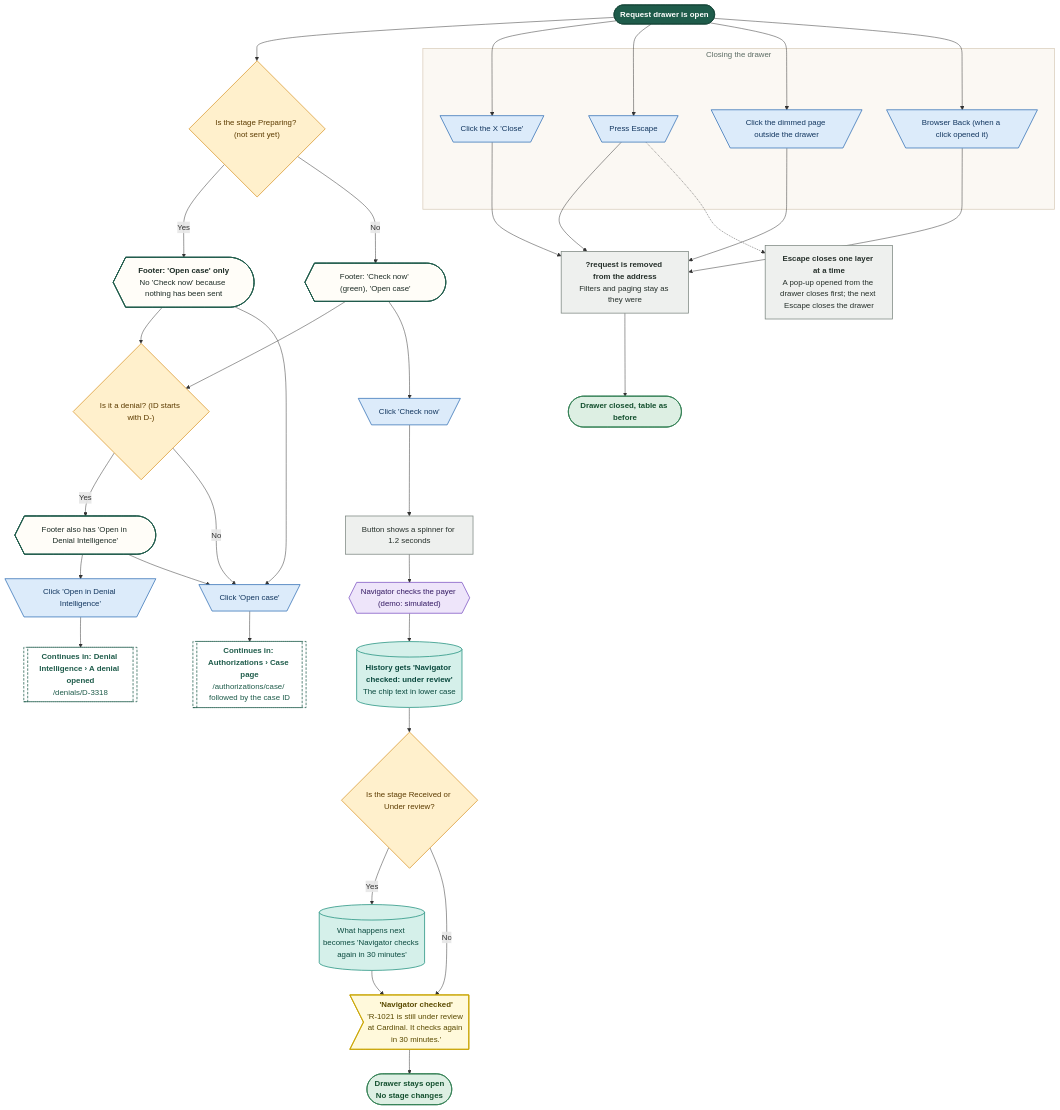
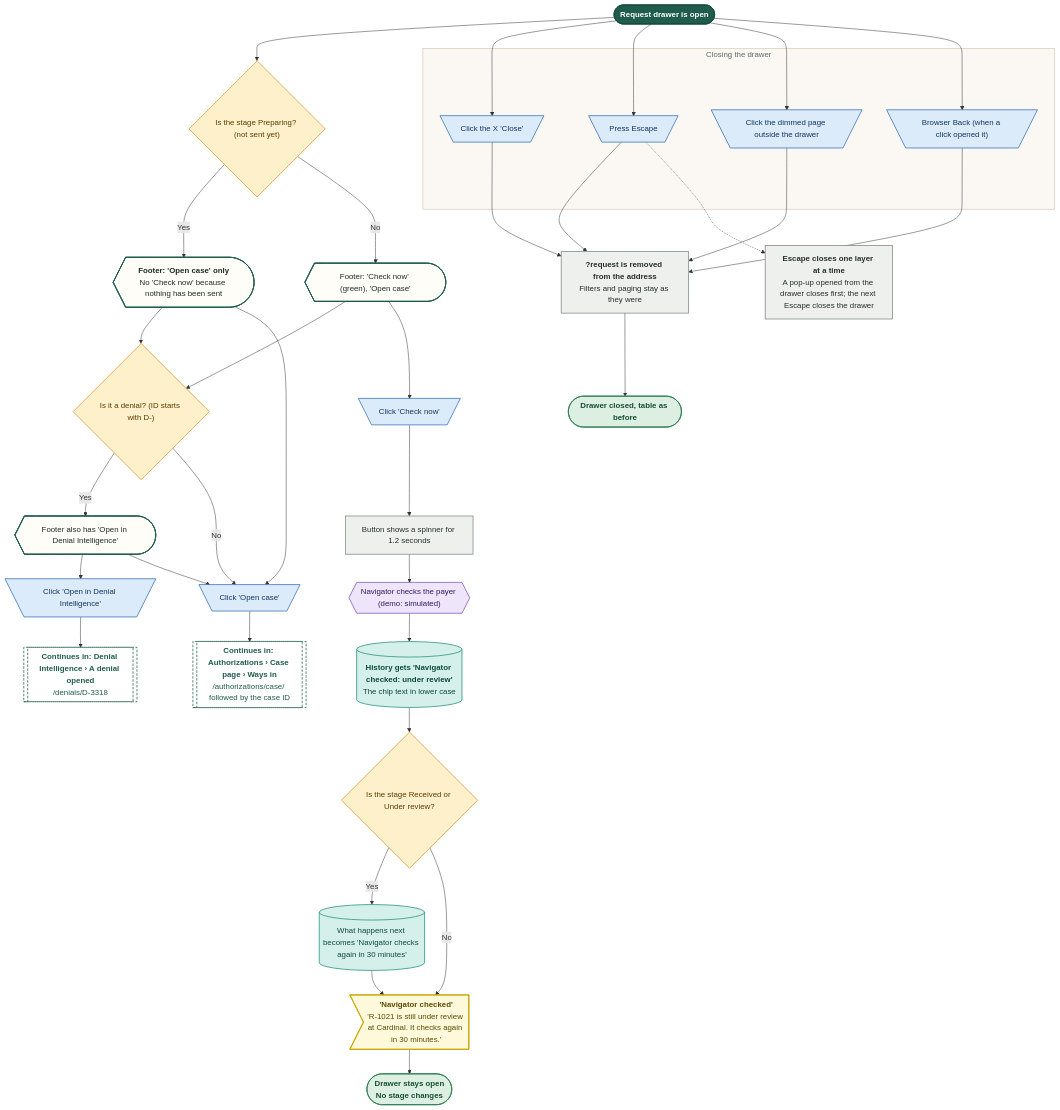
Diagram 16 of 21 in demos/prior-auth-demo/workflows/out/md/02-dashboard.md (Shrav143/psyfloapp), drawn with Mermaid before and after one commit. The commit also changed other lines of this file and 113 other files, not shown here.

First line of the commit message:
docs: workflow diagrams for the merged Authorizations (worklist, approved, reviews and tracked cases, sidebar arrow), every link retargeted, 336 diagrams

````diff
--- a/demos/prior-auth-demo/workflows/out/md/02-dashboard.md
+++ b/demos/prior-auth-demo/workflows/out/md/02-dashboard.md
@@ -1102,76 +1102,76 @@
 ```mermaid
 %%{init: {"theme":"base","themeVariables":{"fontFamily":"'DM Sans', 'Segoe UI', system-ui, sans-serif","fontSize":"15px","lineColor":"#5B6B63","primaryTextColor":"#1C2B25","clusterBkg":"#FBF8F3","clusterBorder":"#D9CDBB","edgeLabelBackground":"#FFFFFF"},"flowchart":{"curve":"basis","nodeSpacing":36,"rankSpacing":48,"padding":12,"htmlLabels":true,"useMaxWidth":false,"wrappingWidth":230}} }%%
 flowchart TD
   classDef k_start fill:#1F5C4B,stroke:#174638,color:#FFFFFF,stroke-width:1.5px,font-weight:600
   classDef k_end fill:#DDEFE3,stroke:#2E7D4F,color:#14502F,stroke-width:1.5px,font-weight:600
   classDef k_endx fill:#FBE3E0,stroke:#C0392B,color:#7A1F16,stroke-width:1.5px,font-weight:600
   classDef k_screen fill:#FFFDF8,stroke:#1F5C4B,color:#1C2B25,stroke-width:2px
   classDef k_overlay fill:#F1F7F3,stroke:#1F5C4B,color:#1C2B25,stroke-width:2px,stroke-dasharray:5 3
   classDef k_click fill:#DCEBFA,stroke:#2F6DB5,color:#12365F,stroke-width:1.5px
   classDef k_input fill:#E4E7FF,stroke:#4C5FD5,color:#1D2670,stroke-width:1.5px
   classDef k_process fill:#EEF0EE,stroke:#7A857F,color:#26302B,stroke-width:1.5px
   classDef k_agent fill:#EEE5FA,stroke:#7A4FC2,color:#341A63,stroke-width:1.5px
   classDef k_decision fill:#FFF0CC,stroke:#D9962B,color:#5C3B00,stroke-width:1.5px
   classDef k_store fill:#D5F0EA,stroke:#1C8E7B,color:#0B4A3F,stroke-width:1.5px
   classDef k_doc fill:#F6E9DC,stroke:#B07A4C,color:#4A2E14,stroke-width:1.5px
   classDef k_ext fill:#FFE6D2,stroke:#E07B39,color:#6B2F06,stroke-width:1.5px
   classDef k_wait fill:#E4E8EE,stroke:#6B7C93,color:#26303D,stroke-width:1.5px
   classDef k_toast fill:#FFF9DB,stroke:#C9A400,color:#5A4A00,stroke-width:1.5px
   classDef k_goto fill:#FFFFFF,stroke:#1F5C4B,color:#1F5C4B,stroke-width:1.5px,stroke-dasharray:5 3
   s1@{ shape: stadium, label: "Request drawer is open" }
   d1@{ shape: diam, label: "Is the stage Preparing? (not sent yet)" }
   f1@{ shape: curv-trap, label: "<b>Footer: 'Open case' only</b><br/>No 'Check now' because nothing has been sent" }
   f2@{ shape: curv-trap, label: "Footer: 'Check now' (green), 'Open case'" }
   d2@{ shape: diam, label: "Is it a denial? (ID starts with D-)" }
   f3@{ shape: curv-trap, label: "Footer also has 'Open in Denial Intelligence'" }
   c1@{ shape: trap-t, label: "Click 'Check now'" }
   p1@{ shape: rect, label: "Button shows a spinner for 1.2 seconds" }
   a1@{ shape: hex, label: "Navigator checks the payer (demo: simulated)" }
   w1@{ shape: cyl, label: "<b>History gets 'Navigator checked: under review'</b><br/>The chip text in lower case" }
   d3@{ shape: diam, label: "Is the stage Received or Under review?" }
   w2@{ shape: cyl, label: "What happens next becomes 'Navigator checks again in 30 minutes'" }
   t1@{ shape: odd, label: "<b>'Navigator checked'</b><br/>'R-1021 is still under review at Cardinal. It checks again in 30 minutes.'" }
   e1@{ shape: stadium, label: "<b>Drawer stays open</b><br/>No stage changes" }
   c2@{ shape: trap-t, label: "Click 'Open case'" }
-  g1@{ shape: subproc, label: "<b>Continues in: Authorizations › Case page</b><br/>/authorizations/case/ followed by the case ID" }
+  g1@{ shape: subproc, label: "<b>Continues in: Authorizations › Case page › Ways in</b><br/>/authorizations/case/ followed by the case ID" }
   c3@{ shape: trap-t, label: "Click 'Open in Denial Intelligence'" }
   g2@{ shape: subproc, label: "<b>Continues in: Denial Intelligence › A denial opened</b><br/>/denials/D-3318" }
   subgraph gClose ["Closing the drawer"]
   x1@{ shape: trap-t, label: "Click the X 'Close'" }
   x2@{ shape: trap-t, label: "Press Escape" }
   x3@{ shape: trap-t, label: "Click the dimmed page outside the drawer" }
   x4@{ shape: trap-t, label: "Browser Back (when a click opened it)" }
   end
   p2@{ shape: rect, label: "<b>?request is removed from the address</b><br/>Filters and paging stay as they were" }
   e2@{ shape: stadium, label: "Drawer closed, table as before" }
   p3@{ shape: rect, label: "<b>Escape closes one layer at a time</b><br/>A pop-up opened from the drawer closes first; the next Escape closes the drawer" }
   s1 --> d1
   d1 -->|"Yes"| f1
   d1 -->|"No"| f2
   f1 --> d2
   f2 --> d2
   d2 -->|"Yes"| f3
   d2 -->|"No"| c2
   f3 --> c3 --> g2
   f3 --> c2
   f2 --> c1 --> p1 --> a1 --> w1 --> d3
   d3 -->|"Yes"| w2 --> t1
   d3 -->|"No"| t1
   t1 --> e1
   c2 --> g1
   f1 --> c2
   s1 --> x1 & x2 & x3 & x4
   x1 & x2 & x3 & x4 --> p2 --> e2
   x2 -.-> p3
   class s1 k_start
   class d1,d2,d3 k_decision
   class f1,f2,f3 k_screen
   class c1,c2,c3,x1,x2,x3,x4 k_click
   class p1,p2,p3 k_process
   class a1 k_agent
   class w1,w2 k_store
   class t1 k_toast
   class e1,e2 k_end
   class g1,g2 k_goto
   style gClose fill:#FBF8F3,stroke:#D9CDBB,stroke-width:1.5px,color:#5B6B63
 ```
````
